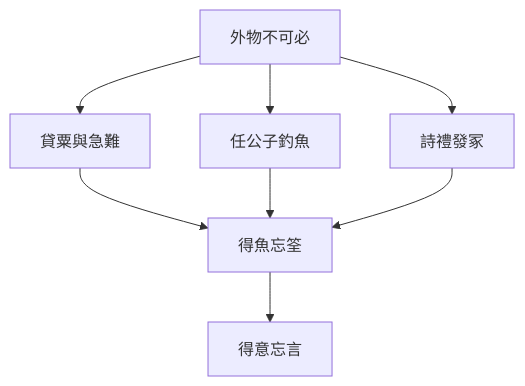
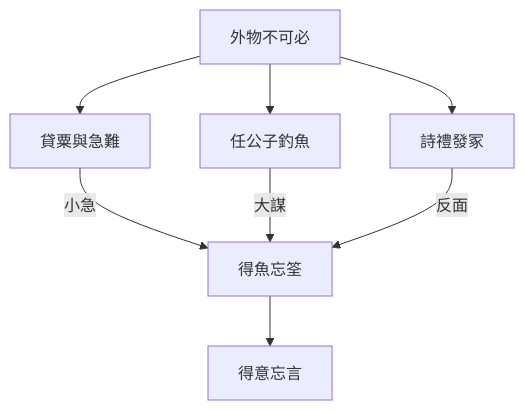
Before and after one commit to show0621/zhuangzi-atlas: the diagram in content/chapters/03-雜篇/26-外物.md, drawn with Mermaid. The commit also changed 14 other files, not shown here.

First line of the commit message:
release: 合併心智圖渲染、12篇收束改寫與 Mermaid 標籤修正

````diff
--- a/content/chapters/03-雜篇/26-外物.md
+++ b/content/chapters/03-雜篇/26-外物.md
@@ -173,10 +173,10 @@
 ```mermaid
 flowchart TD
   A[外物不可必] --> B[貸粟與急難]
   A --> C[任公子釣魚]
   A --> D[詩禮發冢]
-  B --> E[得魚忘筌]
-  C --> E
-  D --> E
+  B -->|小急| E[得魚忘筌]
+  C -->|大謀| E
+  D -->|反面| E
   E --> F[得意忘言]
 ```
````
